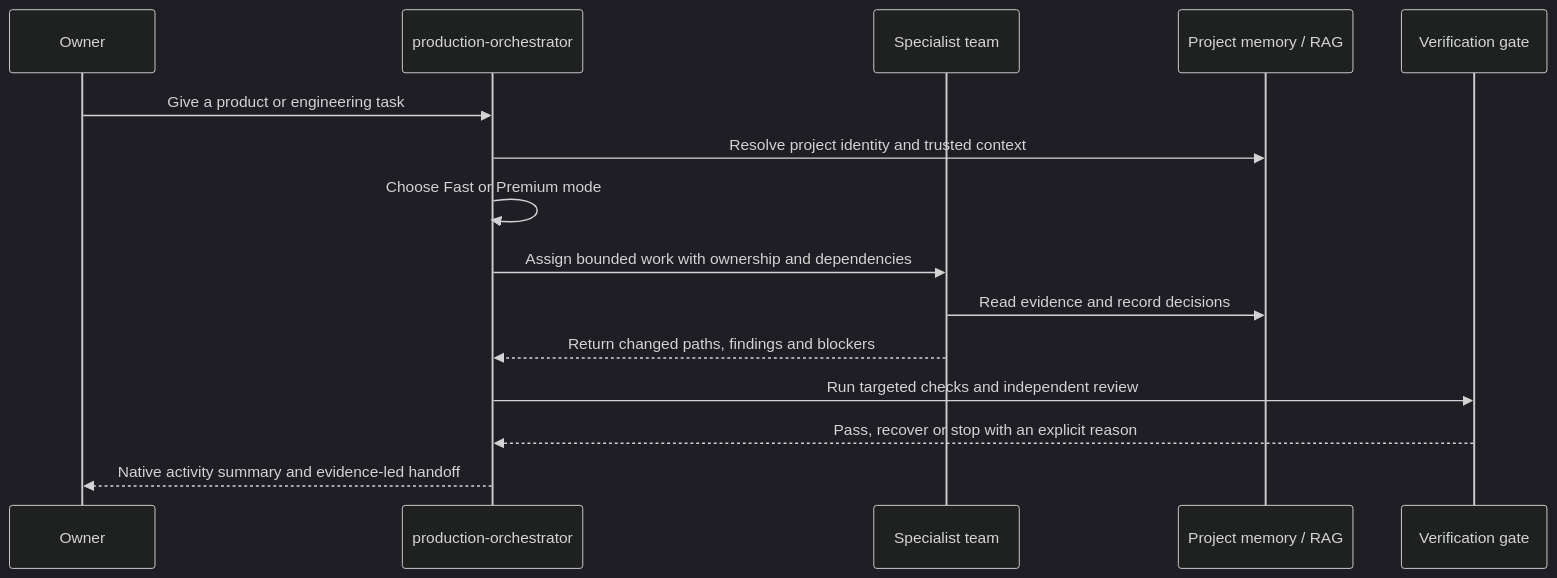
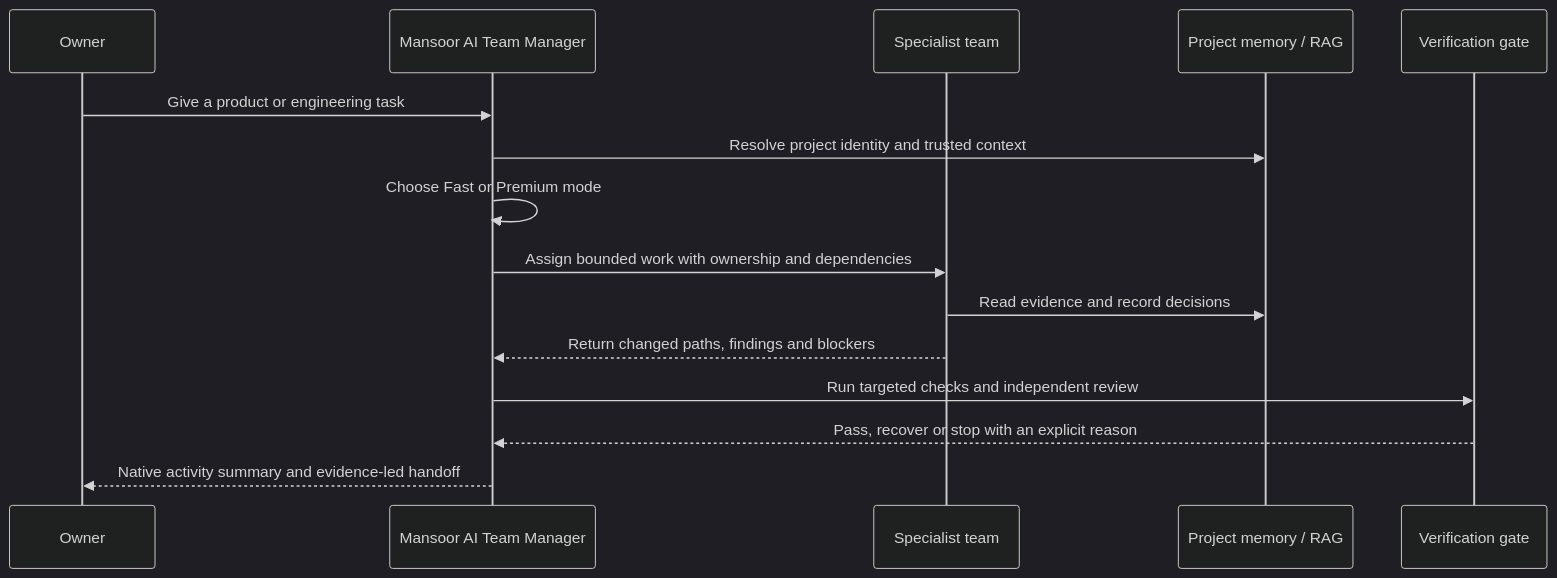
Before and after one commit to mansoor-farooq/my_ai_agent: the second of 2 diagrams in README.md, drawn with Mermaid (dark theme). The commit also changed other lines of this file and 55 other files, not shown here.

````diff
--- a/README.md
+++ b/README.md
@@ -65,18 +65,18 @@
 ```mermaid
 sequenceDiagram
     participant You as Owner
-    participant Manager as production-orchestrator
+    participant Manager as Mansoor AI Team Manager
     participant Team as Specialist team
     participant Memory as Project memory / RAG
     participant Verify as Verification gate
 
     You->>Manager: Give a product or engineering task
     Manager->>Memory: Resolve project identity and trusted context
     Manager->>Manager: Choose Fast or Premium mode
     Manager->>Team: Assign bounded work with ownership and dependencies
     Team->>Memory: Read evidence and record decisions
     Team-->>Manager: Return changed paths, findings and blockers
     Manager->>Verify: Run targeted checks and independent review
     Verify-->>Manager: Pass, recover or stop with an explicit reason
     Manager-->>You: Native activity summary and evidence-led handoff
 ```
````
